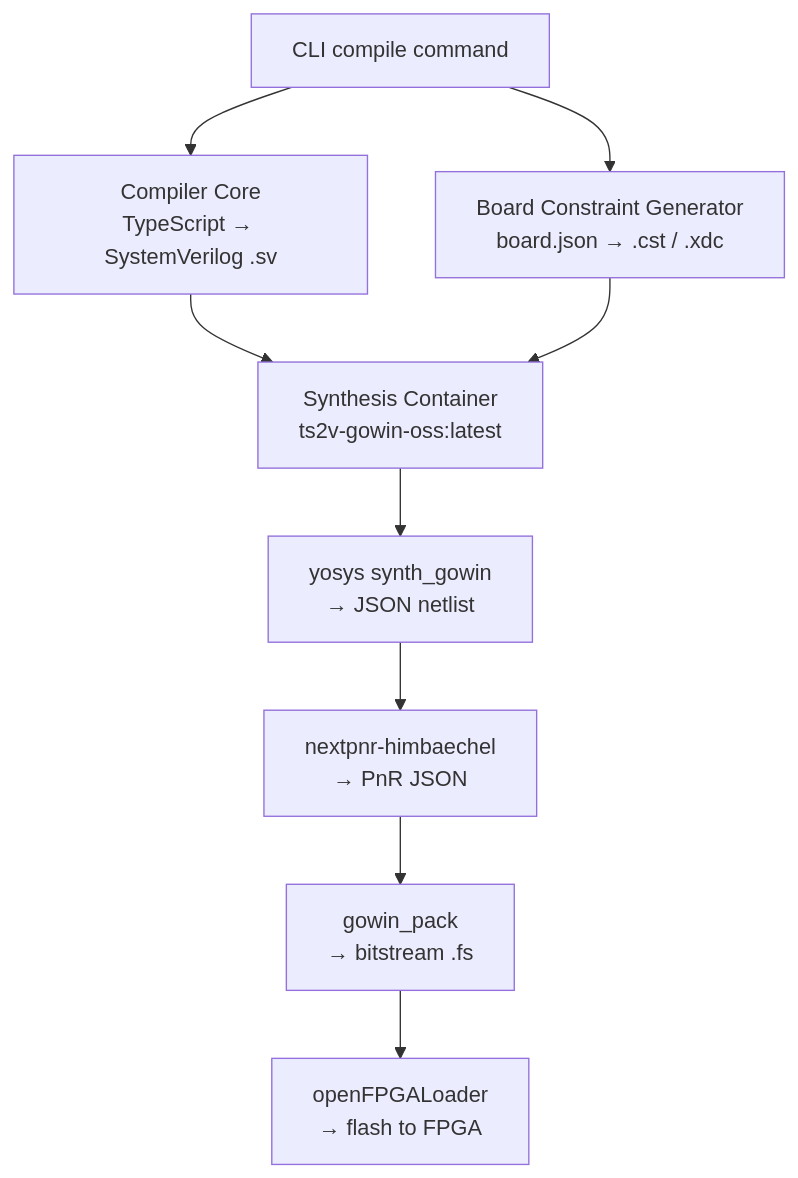
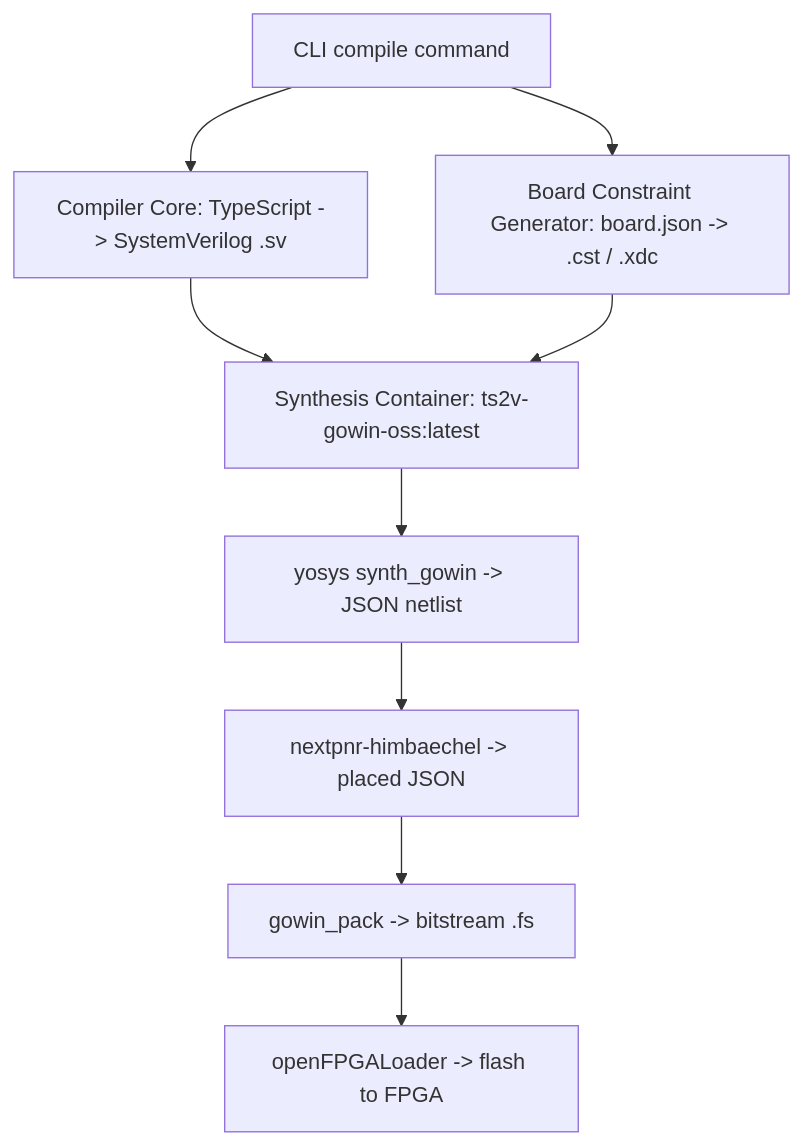
Before and after one commit to thecharge/sndv-hdl: the diagram in docs/hardware-toolchain.md, drawn with Mermaid. The commit also changed 8 other files, not shown here.

````diff
--- a/docs/hardware-toolchain.md
+++ b/docs/hardware-toolchain.md
@@ -28,11 +28,11 @@
 ```mermaid
 flowchart TD
-    A["CLI compile command"] --> B["Compiler Core\nTypeScript → SystemVerilog .sv"]
-    A --> C["Board Constraint Generator\nboard.json → .cst / .xdc"]
-    B --> D["Synthesis Container\nts2v-gowin-oss:latest"]
+    A["CLI compile command"] --> B["Compiler Core: TypeScript -> SystemVerilog .sv"]
+    A --> C["Board Constraint Generator: board.json -> .cst / .xdc"]
+    B --> D["Synthesis Container: ts2v-gowin-oss:latest"]
     C --> D
-    D --> E["yosys synth_gowin\n→ JSON netlist"]
-    E --> F["nextpnr-himbaechel\n→ PnR JSON"]
-    F --> G["gowin_pack\n→ bitstream .fs"]
-    G --> H["openFPGALoader\n→ flash to FPGA"]
+    D --> E["yosys synth_gowin -> JSON netlist"]
+    E --> F["nextpnr-himbaechel -> placed JSON"]
+    F --> G["gowin_pack -> bitstream .fs"]
+    G --> H["openFPGALoader -> flash to FPGA"]
 ```
````
